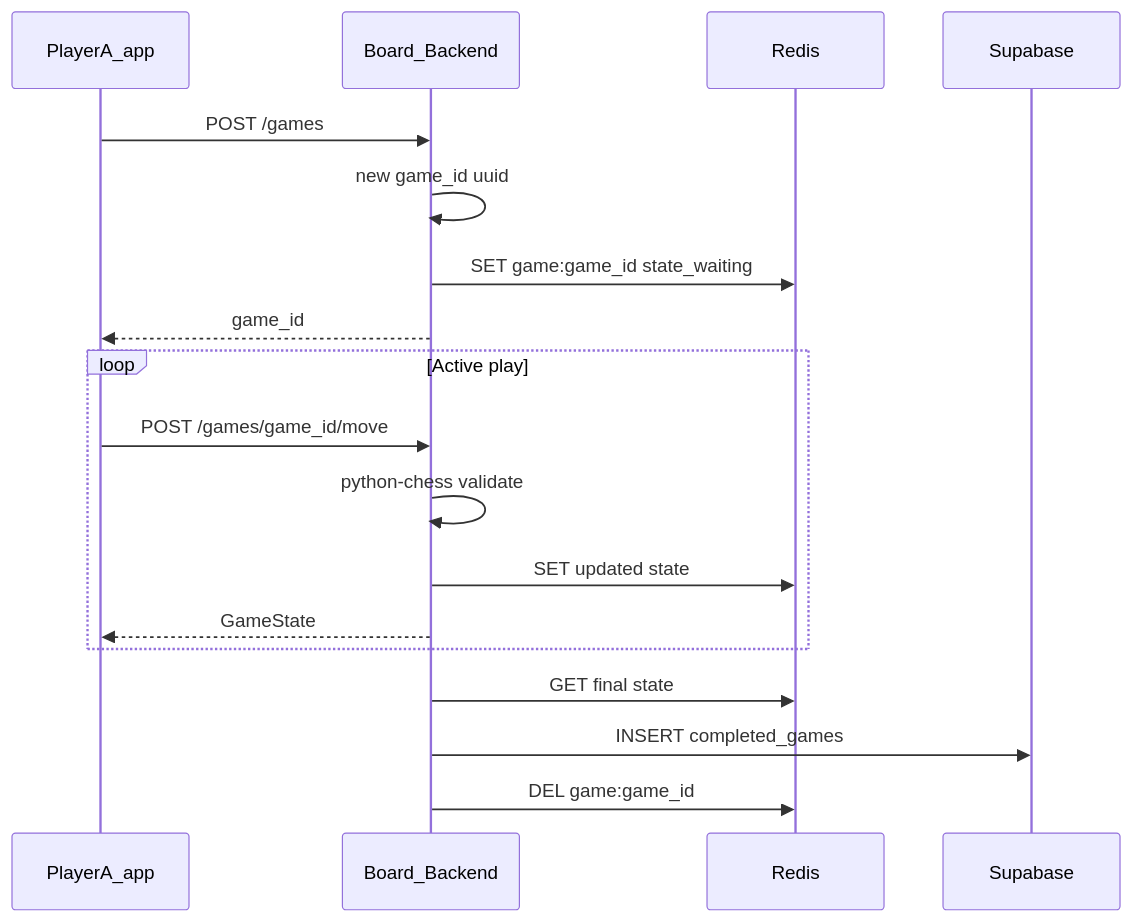
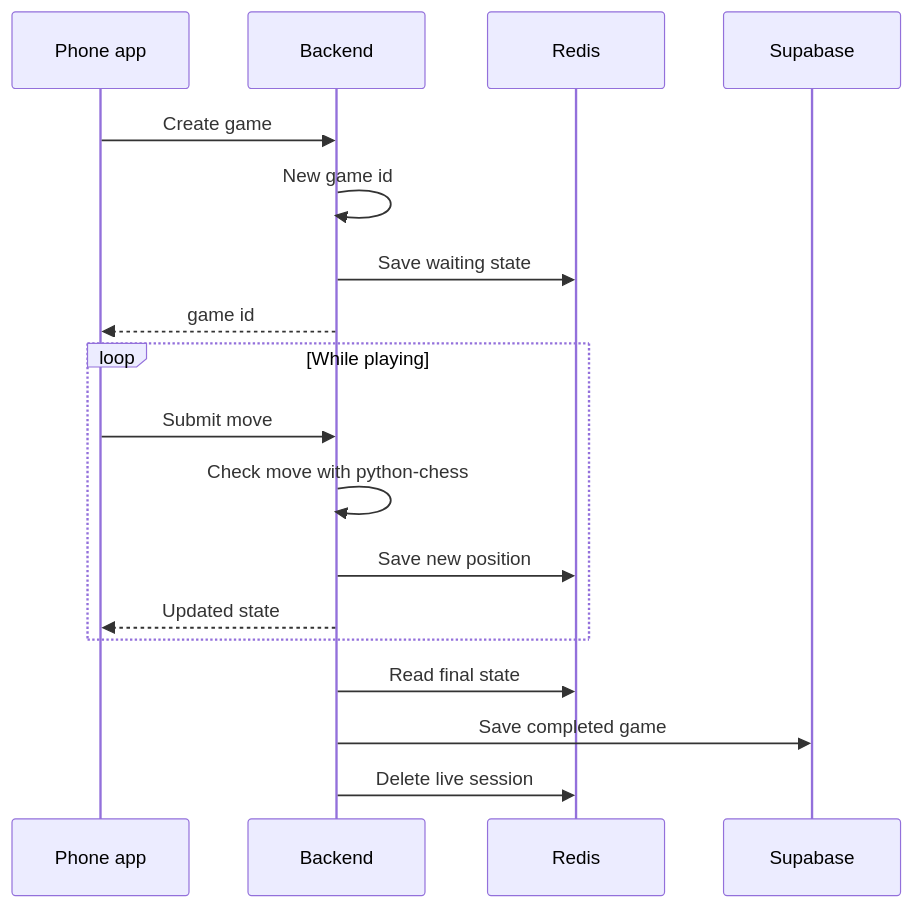
One commit to was351/Chess-Companion-App changed the diagram in docs/plans/online-friend-chess.plan.md. Above: the diagram before and after it, drawn with Mermaid. The commit also changed other lines of this file and 18 other files, not shown here.

````diff
--- a/docs/plans/online-friend-chess.plan.md
+++ b/docs/plans/online-friend-chess.plan.md
@@ -42,23 +65,23 @@
 ```mermaid
 sequenceDiagram
-  participant A as PlayerA_app
-  participant API as Board_Backend
+  participant App as Phone app
+  participant API as Backend
   participant R as Redis
   participant DB as Supabase
 
-  A->>API: POST /games
-  API->>API: new game_id uuid
-  API->>R: SET game:game_id state_waiting
-  API-->>A: game_id
+  App->>API: Create game
+  API->>API: New game id
+  API->>R: Save waiting state
+  API-->>App: game id
 
-  loop Active play
-    A->>API: POST /games/game_id/move
-    API->>API: python-chess validate
-    API->>R: SET updated state
-    API-->>A: GameState
+  loop While playing
+    App->>API: Submit move
+    API->>API: Check move with python-chess
+    API->>R: Save new position
+    API-->>App: Updated state
   end
 
-  API->>R: GET final state
-  API->>DB: INSERT completed_games
-  API->>R: DEL game:game_id
+  API->>R: Read final state
+  API->>DB: Save completed game
+  API->>R: Delete live session
 ```
````
